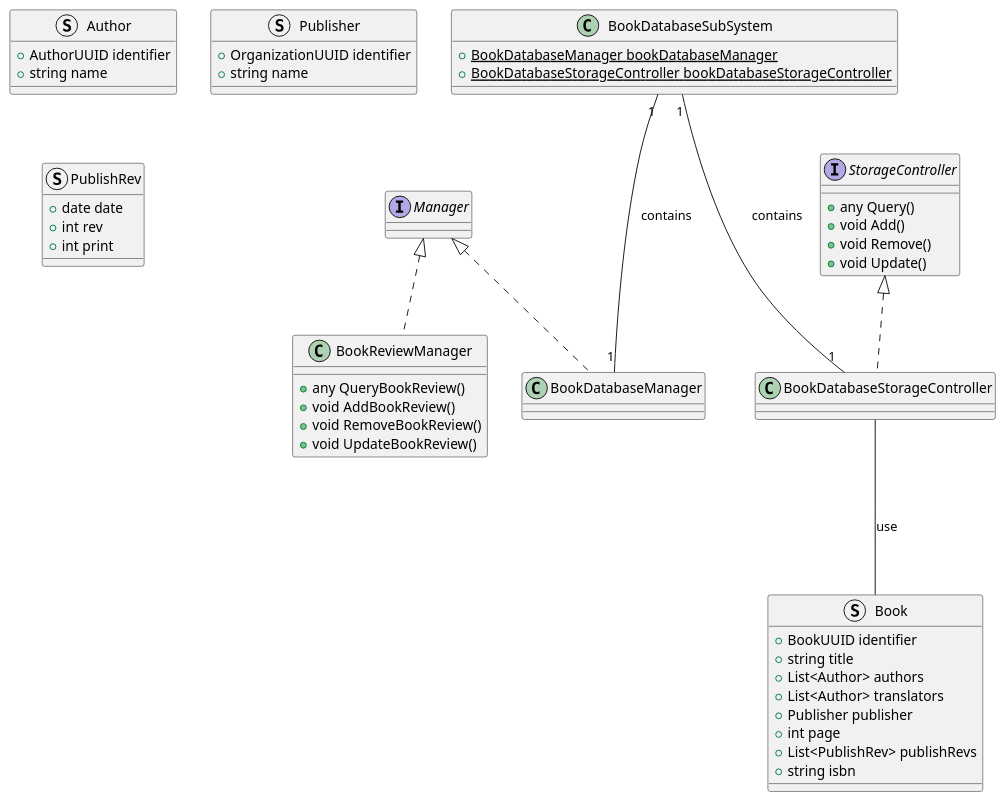
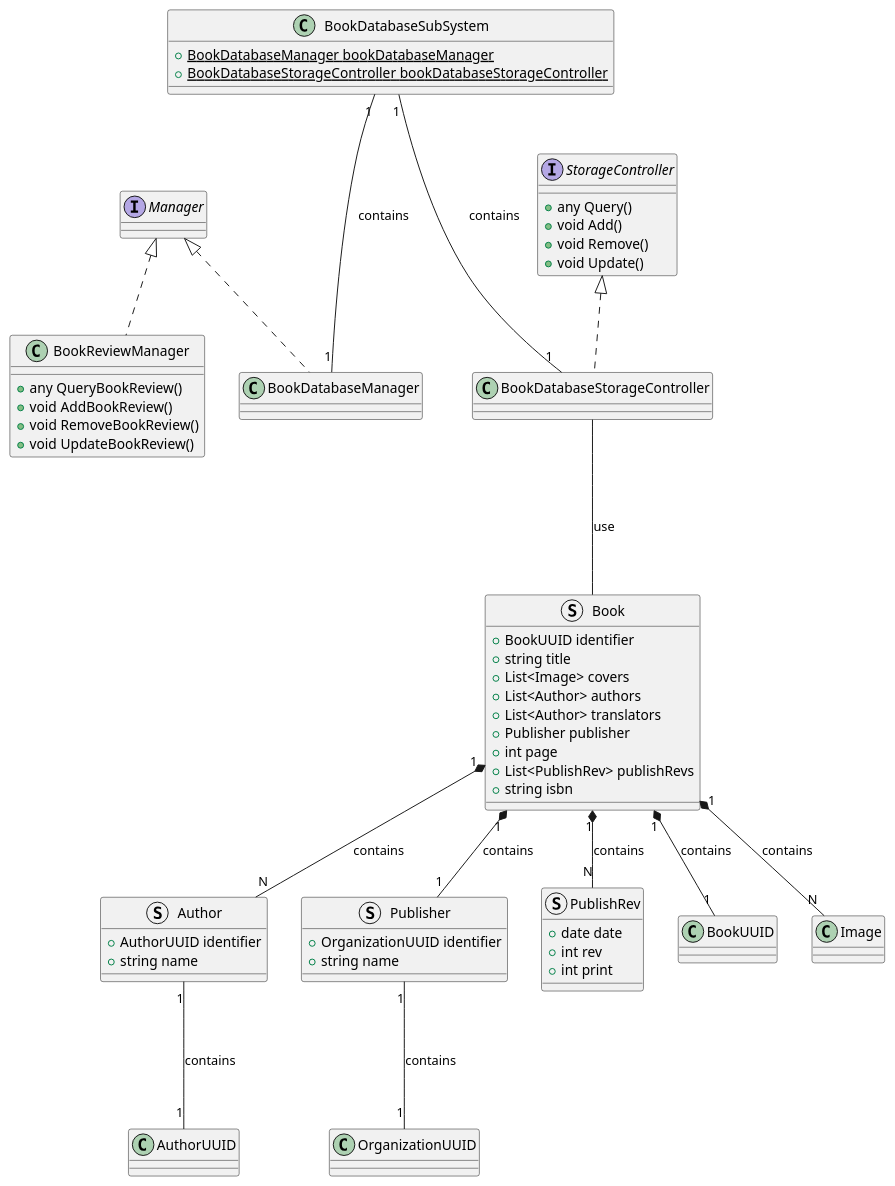
The diagram in src/BookDatabase.puml (ShapeLayer/se-lecture-task__project-structure-definitions), drawn with PlantUML before and after one commit. The commit also changed 11 other files, not shown here.

```diff
--- a/src/BookDatabase.puml
+++ b/src/BookDatabase.puml
@@ -1,59 +1,67 @@
 @startuml
 Interface Manager
 Interface StorageController {
     + any Query()
     + void Add()
     + void Remove()
     + void Update()
 }
 
 class BookReviewManager implements Manager {
     + any QueryBookReview()
     + void AddBookReview()
     + void RemoveBookReview()
     + void UpdateBookReview()
 }
 
 struct Author {
     + AuthorUUID identifier
     + string name
 }
+Author "1" --- "1" AuthorUUID : contains
 
 struct Publisher {
     + OrganizationUUID identifier
     + string name
 }
+Publisher "1" --- "1" OrganizationUUID : contains
 
 struct PublishRev {
     + date date
     + int rev
     + int print
 }
 
 struct Book {
     + BookUUID identifier
     + string title
+    + List<Image> covers
     + List<Author> authors
     + List<Author> translators
     + Publisher publisher
     + int page
     + List<PublishRev> publishRevs
     + string isbn
 }
+Book "1" *-- "1" BookUUID : contains
+Book "1" *-- "N" Image : contains
+Book "1" *-- "N" Author : contains
+Book "1" *-- "1" Publisher : contains
+Book "1" *-- "N" PublishRev : contains
 
 ' BookDatabaseSubSystem
 
 class BookDatabaseManager implements Manager {}
 
 class BookDatabaseStorageController implements StorageController {}
 BookDatabaseStorageController --- Book : use
 
 class BookDatabaseSubSystem {
     + {static} BookDatabaseManager bookDatabaseManager
     + {static} BookDatabaseStorageController bookDatabaseStorageController
 }
 
 BookDatabaseSubSystem "1" --- "1" BookDatabaseManager : contains
 BookDatabaseSubSystem "1" --- "1" BookDatabaseStorageController : contains
 
 @enduml
```
